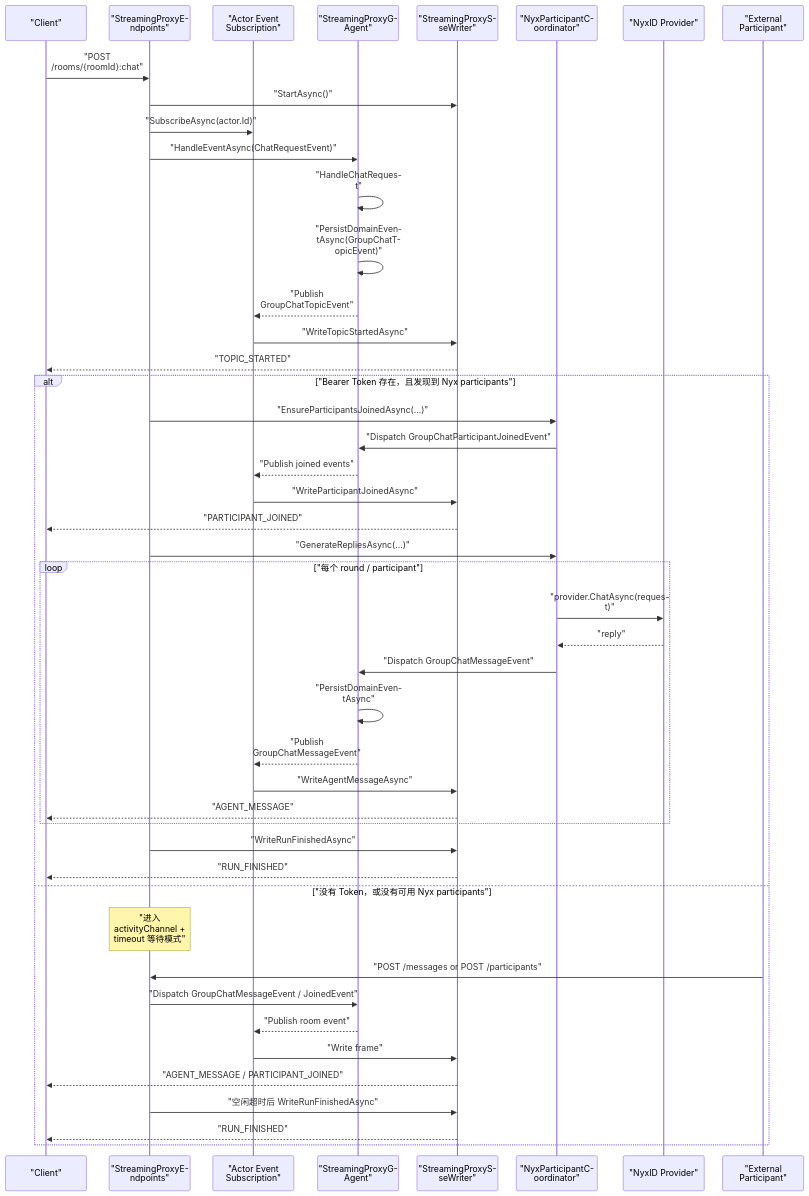
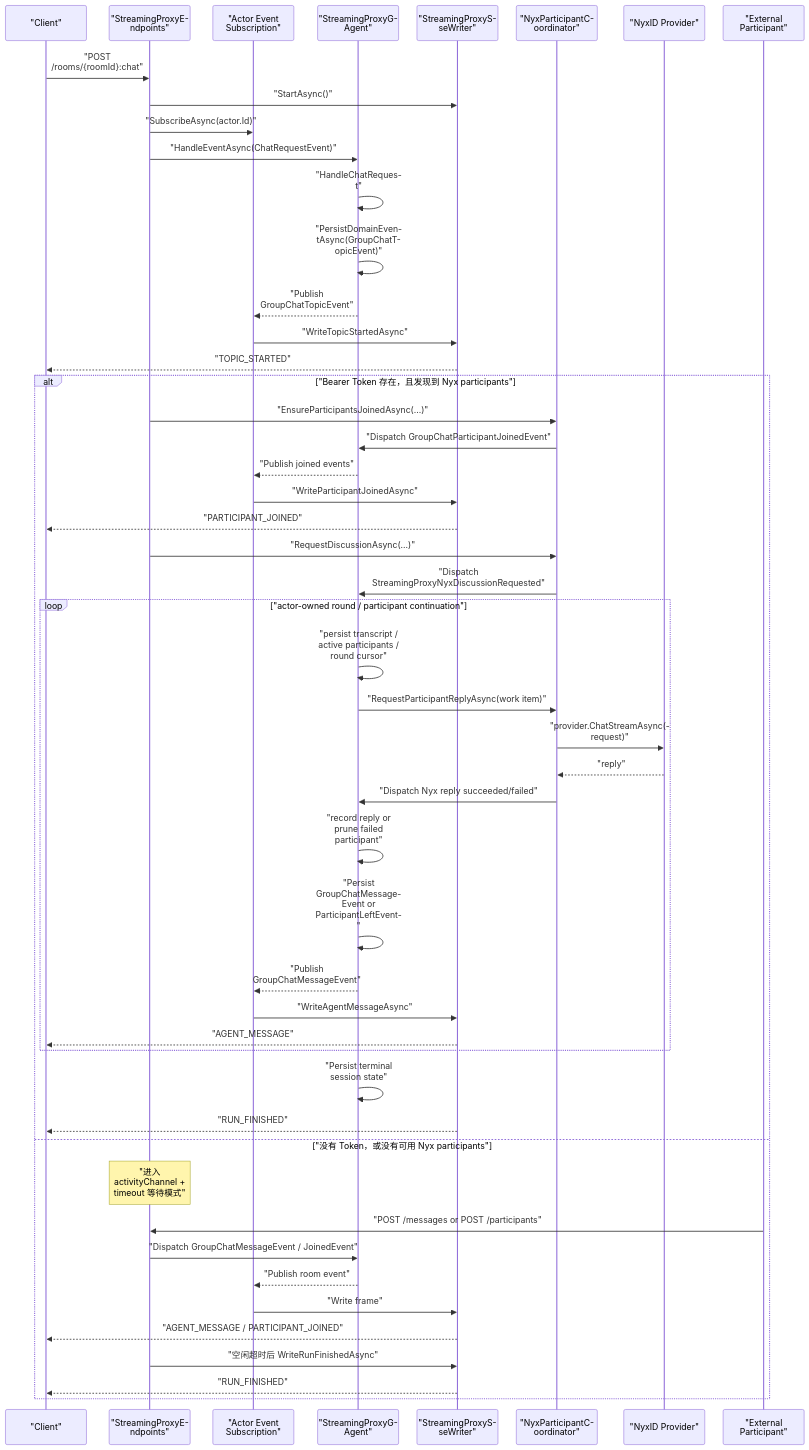
The third of 5 diagrams in docs/2026-04-02-streaming-proxy-flow.md (aevatarAI/aevatar), drawn with Mermaid before and after one commit. The commit also changed other lines of this file and 6 other files, not shown here.

````diff
--- a/docs/2026-04-02-streaming-proxy-flow.md
+++ b/docs/2026-04-02-streaming-proxy-flow.md
@@ -108,52 +108,56 @@
 ```mermaid
 %%{init: {"maxTextSize": 100000, "flowchart": {"useMaxWidth": false, "nodeSpacing": 10, "rankSpacing": 50}, "themeVariables": {"fontSize": "10px"}, "sequence": {"useMaxWidth": false, "actorFontSize": 10, "messageFontSize": 10, "noteFontSize": 10, "actorMargin": 34, "messageMargin": 10, "diagramMarginX": 12, "diagramMarginY": 12, "wrap": true}}}%%
 sequenceDiagram
     participant CL as "Client"
     participant API as "StreamingProxyEndpoints"
     participant SUB as "Actor Event Subscription"
     participant ACT as "StreamingProxyGAgent"
     participant SSE as "StreamingProxySseWriter"
     participant NYX as "NyxParticipantCoordinator"
     participant LLM as "NyxID Provider"
     participant EXT as "External Participant"
 
     CL->>API: "POST /rooms/{roomId}:chat"
     API->>SSE: "StartAsync()"
     API->>SUB: "SubscribeAsync(actor.Id)"
     API->>ACT: "HandleEventAsync(ChatRequestEvent)"
     ACT->>ACT: "HandleChatRequest"
     ACT->>ACT: "PersistDomainEventAsync(GroupChatTopicEvent)"
     ACT-->>SUB: "Publish GroupChatTopicEvent"
     SUB->>SSE: "WriteTopicStartedAsync"
     SSE-->>CL: "TOPIC_STARTED"
 
     alt "Bearer Token 存在，且发现到 Nyx participants"
         API->>NYX: "EnsureParticipantsJoinedAsync(...)"
         NYX->>ACT: "Dispatch GroupChatParticipantJoinedEvent"
         ACT-->>SUB: "Publish joined events"
         SUB->>SSE: "WriteParticipantJoinedAsync"
         SSE-->>CL: "PARTICIPANT_JOINED"
 
-        API->>NYX: "GenerateRepliesAsync(...)"
-        loop "每个 round / participant"
-            NYX->>LLM: "provider.ChatAsync(request)"
+        API->>NYX: "RequestDiscussionAsync(...)"
+        NYX->>ACT: "Dispatch StreamingProxyNyxDiscussionRequested"
+        loop "actor-owned round / participant continuation"
+            ACT->>ACT: "persist transcript / active participants / round cursor"
+            ACT->>NYX: "RequestParticipantReplyAsync(work item)"
+            NYX->>LLM: "provider.ChatStreamAsync(request)"
             LLM-->>NYX: "reply"
-            NYX->>ACT: "Dispatch GroupChatMessageEvent"
-            ACT->>ACT: "PersistDomainEventAsync"
+            NYX->>ACT: "Dispatch Nyx reply succeeded/failed"
+            ACT->>ACT: "record reply or prune failed participant"
+            ACT->>ACT: "Persist GroupChatMessageEvent or ParticipantLeftEvent"
             ACT-->>SUB: "Publish GroupChatMessageEvent"
             SUB->>SSE: "WriteAgentMessageAsync"
             SSE-->>CL: "AGENT_MESSAGE"
         end
-        API->>SSE: "WriteRunFinishedAsync"
+        ACT->>ACT: "Persist terminal session state"
         SSE-->>CL: "RUN_FINISHED"
     else "没有 Token，或没有可用 Nyx participants"
         note over API: "进入 activityChannel + timeout 等待模式"
         EXT->>API: "POST /messages or POST /participants"
         API->>ACT: "Dispatch GroupChatMessageEvent / JoinedEvent"
         ACT-->>SUB: "Publish room event"
         SUB->>SSE: "Write frame"
         SSE-->>CL: "AGENT_MESSAGE / PARTICIPANT_JOINED"
         API->>SSE: "空闲超时后 WriteRunFinishedAsync"
         SSE-->>CL: "RUN_FINISHED"
     end
 ```
````
